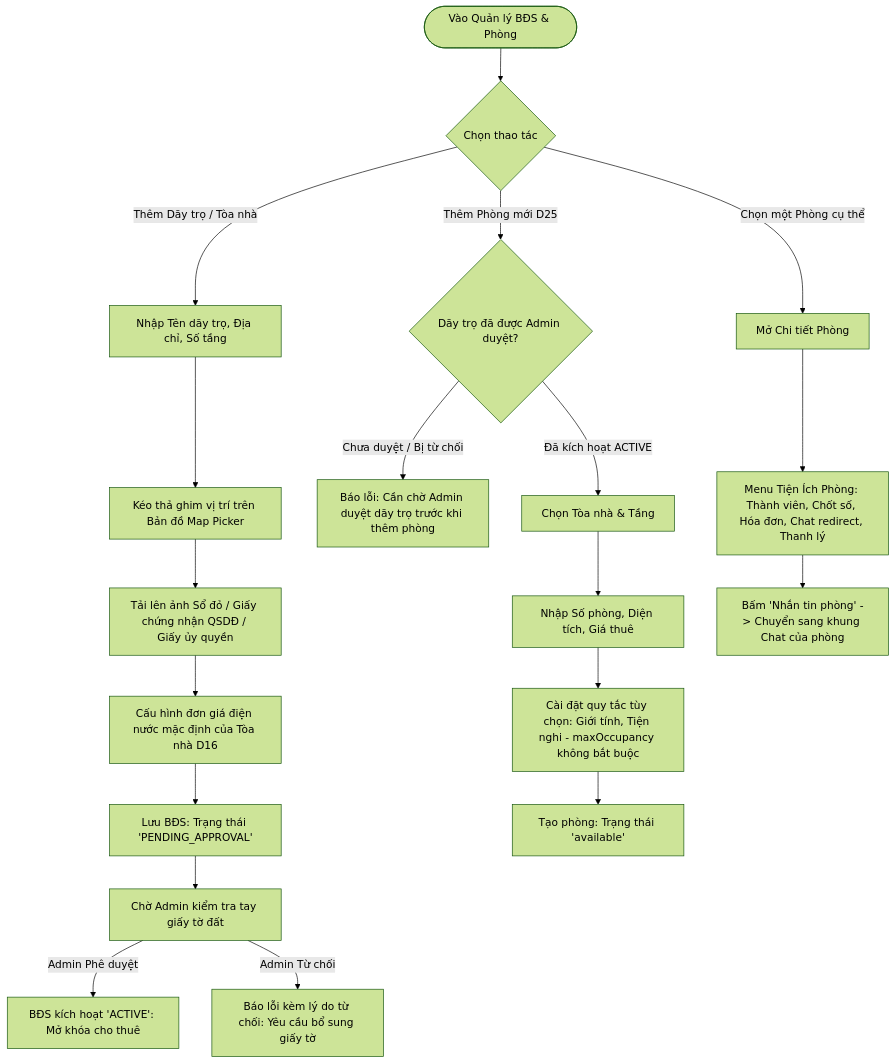
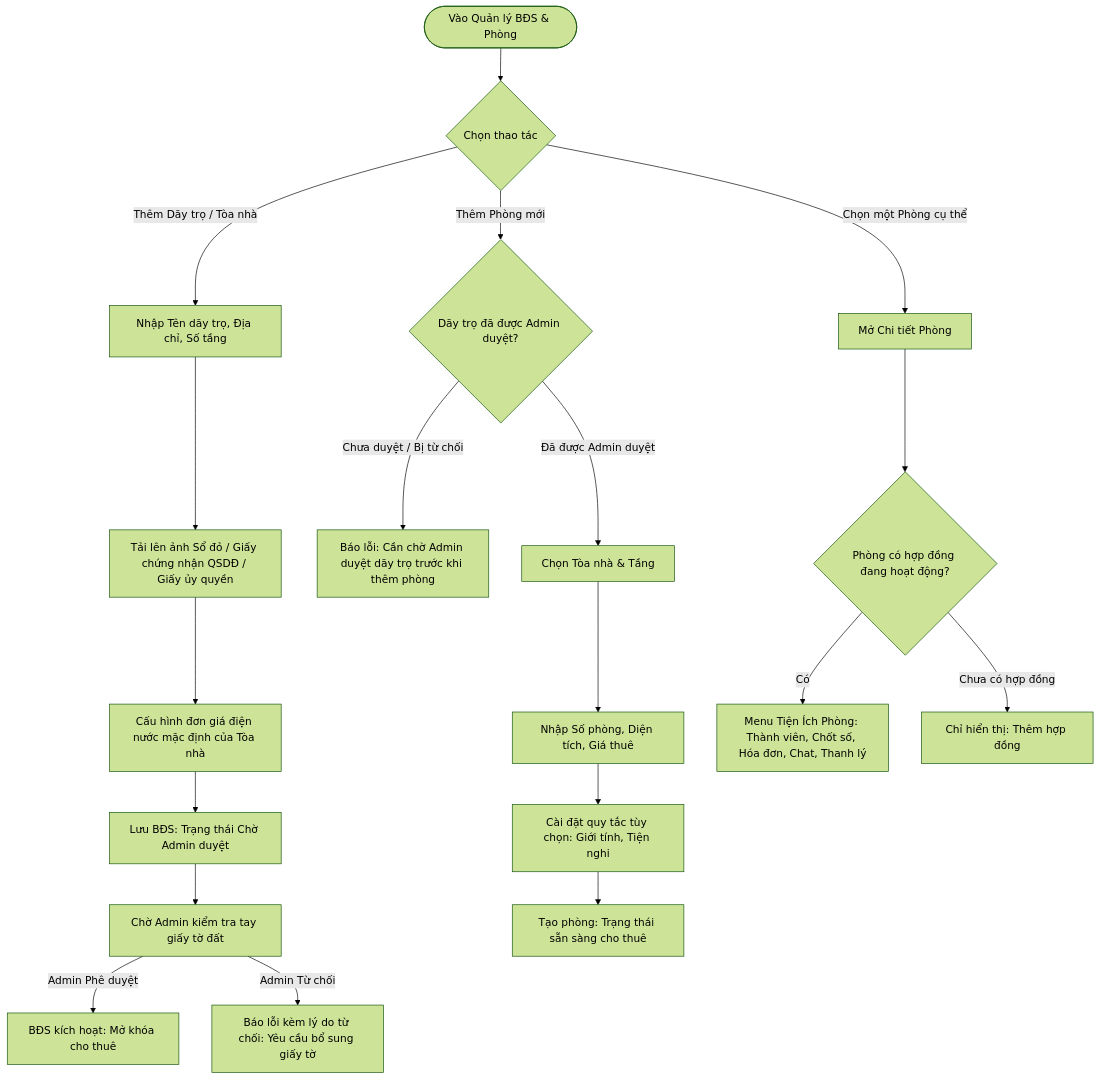
The second of 8 diagrams in phase-1/discovery/user_flow/landlord_user_flow.md (pbl6-home-renter/docs), drawn with Mermaid (forest theme) before and after one commit. The commit also changed other lines of this file and 6 other files, not shown here.

````diff
--- a/phase-1/discovery/user_flow/landlord_user_flow.md
+++ b/phase-1/discovery/user_flow/landlord_user_flow.md
@@ -61,28 +60,28 @@
 ```mermaid
 flowchart TD
     StartProp([Vào Quản lý BĐS & Phòng]) --> ChoosePropAction{Chọn thao tác}
     
     %% Nhánh 1: Thêm Tòa nhà / Dãy trọ (Yêu cầu Sổ đỏ / Giấy tờ đất)
     ChoosePropAction -->|Thêm Dãy trọ / Tòa nhà| FormBld[Nhập Tên dãy trọ, Địa chỉ, Số tầng]
-    FormBld --> PickMap[Kéo thả ghim vị trí trên Bản đồ Map Picker]
-    PickMap --> UploadLandProof[Tải lên ảnh Sổ đỏ / Giấy chứng nhận QSDĐ / Giấy ủy quyền]
-    UploadLandProof --> SetDefaultRates[Cấu hình đơn giá điện nước mặc định của Tòa nhà D16]
-    SetDefaultRates --> SaveBld[Lưu BĐS: Trạng thái 'PENDING_APPROVAL']
+    FormBld --> UploadLandProof[Tải lên ảnh Sổ đỏ / Giấy chứng nhận QSDĐ / Giấy ủy quyền]
+    UploadLandProof --> SetDefaultRates[Cấu hình đơn giá điện nước mặc định của Tòa nhà]
+    SetDefaultRates --> SaveBld[Lưu BĐS: Trạng thái Chờ Admin duyệt]
     
     SaveBld --> WaitAdminAudit[Chờ Admin kiểm tra tay giấy tờ đất]
-    WaitAdminAudit -->|Admin Phê duyệt| BldActive[BĐS kích hoạt 'ACTIVE': Mở khóa cho thuê]
+    WaitAdminAudit -->|Admin Phê duyệt| BldActive[BĐS kích hoạt: Mở khóa cho thuê]
     WaitAdminAudit -->|Admin Từ chối| BldReject[Báo lỗi kèm lý do từ chối: Yêu cầu bổ sung giấy tờ]
     
     %% Nhánh 2: Thêm Phòng trọ
-    ChoosePropAction -->|Thêm Phòng mới D25| CheckBldActive{Dãy trọ đã được Admin duyệt?}
+    ChoosePropAction -->|Thêm Phòng mới| CheckBldActive{Dãy trọ đã được Admin duyệt?}
     CheckBldActive -->|Chưa duyệt / Bị từ chối| BlockRoomCreate[Báo lỗi: Cần chờ Admin duyệt dãy trọ trước khi thêm phòng]
-    CheckBldActive -->|Đã kích hoạt ACTIVE| FormRoom[Chọn Tòa nhà & Tầng]
+    CheckBldActive -->|Đã được Admin duyệt| FormRoom[Chọn Tòa nhà & Tầng]
     FormRoom --> InputRoomSpecs[Nhập Số phòng, Diện tích, Giá thuê]
-    InputRoomSpecs --> SetOptionalRules[Cài đặt quy tắc tùy chọn: Giới tính, Tiện nghi - maxOccupancy không bắt buộc]
-    SetOptionalRules --> SaveRoom[Tạo phòng: Trạng thái 'available']
+    InputRoomSpecs --> SetOptionalRules[Cài đặt quy tắc tùy chọn: Giới tính, Tiện nghi]
+    SetOptionalRules --> SaveRoom[Tạo phòng: Trạng thái sẵn sàng cho thuê]
     
     %% Mở Tiện ích phòng
     ChoosePropAction -->|Chọn một Phòng cụ thể| RoomCard[Mở Chi tiết Phòng]
-    RoomCard --> RoomMenu[Menu Tiện Ích Phòng: Thành viên, Chốt số, Hóa đơn, Chat redirect, Thanh lý]
-    RoomMenu --> ChatRedirect[Bấm 'Nhắn tin phòng' -> Chuyển sang khung Chat của phòng]
+    RoomCard --> RoomMenu{Phòng có hợp đồng đang hoạt động?}
+    RoomMenu -->|Có| ShowMenu[Menu Tiện Ích Phòng: Thành viên, Chốt số, Hóa đơn, Chat, Thanh lý]
+    RoomMenu -->|Chưa có hợp đồng| ShowBasic[Chỉ hiển thị: Thêm hợp đồng]
 ```
````
